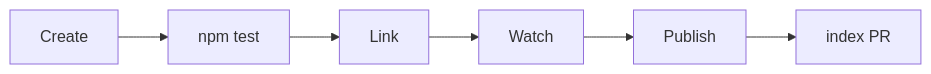
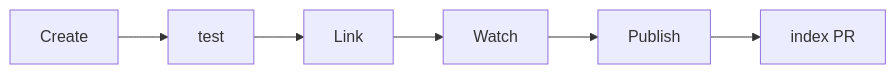
Before and after one commit to DogeLakeDev/ScriptsForMinecraftServer: the diagram in docs/zh/dev/module-author.mdx, drawn with Mermaid. The commit also changed other lines of this file and 58 other files, not shown here.

````diff
--- a/docs/zh/dev/module-author.mdx
+++ b/docs/zh/dev/module-author.mdx
@@ -32,8 +32,8 @@
 ```mermaid
 flowchart LR
-  A[Create] --> B[npm test]
+  A[Create] --> B[test]
   B --> C[Link]
   C --> D[Watch]
   D --> E[Publish]
   E --> F[index PR]
 ```
````
